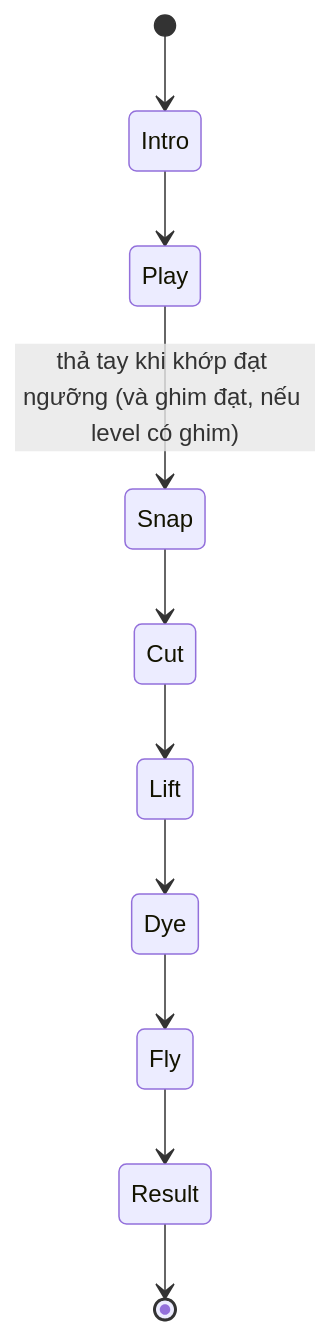
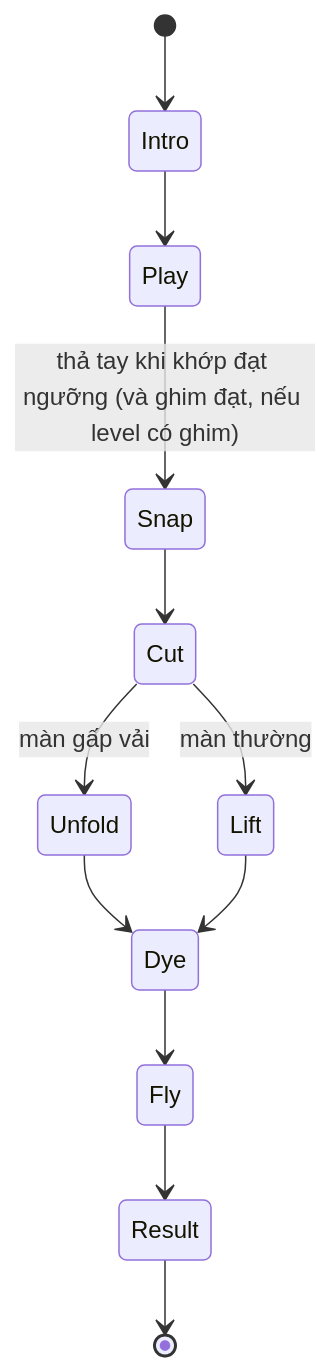
The third of 3 diagrams in Assets/Docs/GraphNode-Puzzle-Kien-truc.md (Labyrinth-solv/GraphNode-Puzzle), drawn with Mermaid before and after one commit. The commit also changed other lines of this file and 7 other files, not shown here.

````diff
--- a/Assets/Docs/GraphNode-Puzzle-Kien-truc.md
+++ b/Assets/Docs/GraphNode-Puzzle-Kien-truc.md
@@ -233,12 +235,14 @@
 ```mermaid
 stateDiagram-v2
     [*] --> Intro
     Intro --> Play
     Play --> Snap: thả tay khi khớp đạt ngưỡng (và ghim đạt, nếu level có ghim)
     Snap --> Cut
-    Cut --> Lift
+    Cut --> Lift: màn thường
+    Cut --> Unfold: màn gấp vải
+    Unfold --> Dye
     Lift --> Dye
     Dye --> Fly
     Fly --> Result
     Result --> [*]
 ```
````
